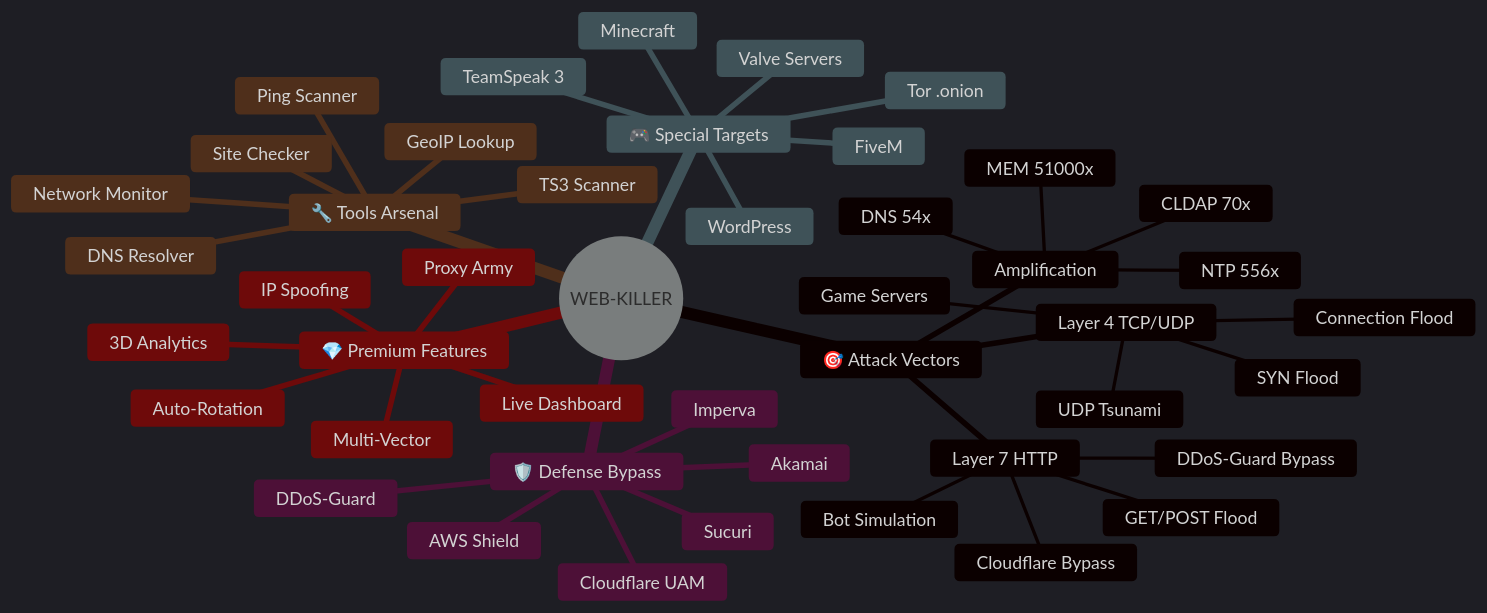
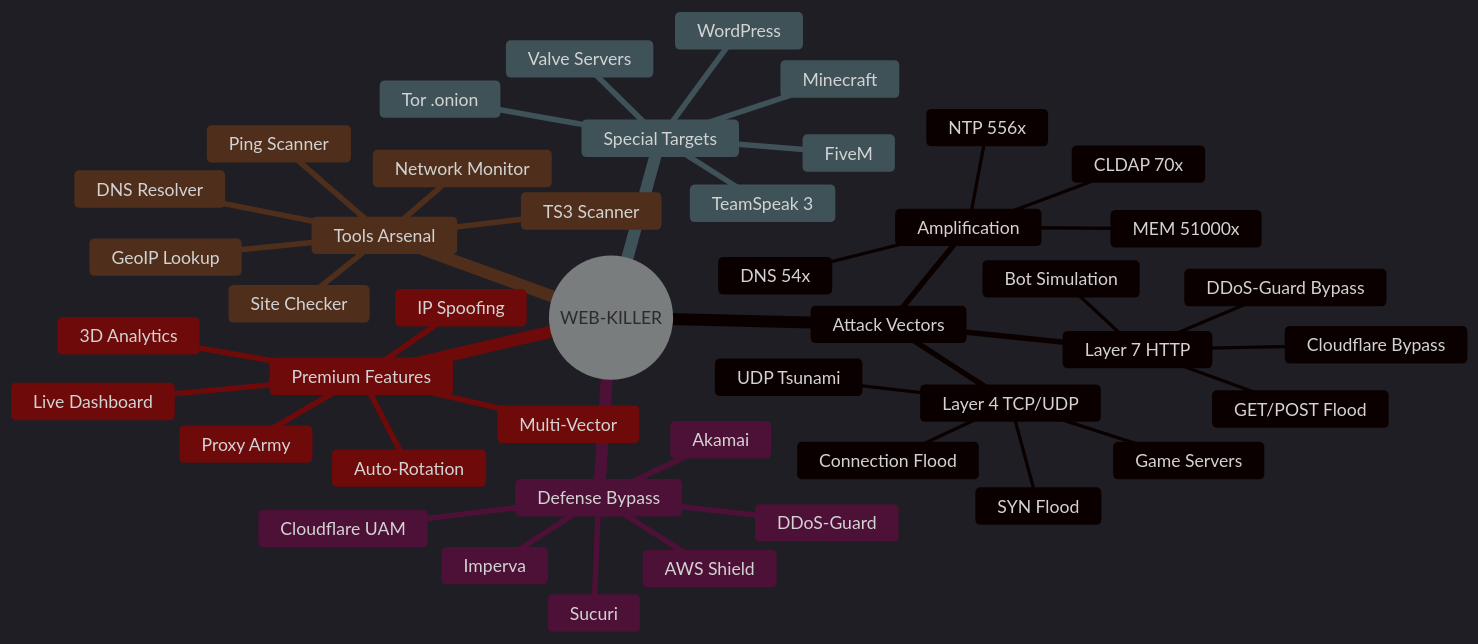
Before and after one commit to Athexblackhat/WEB-KILLER: the fifth of 5 diagrams in README.md, drawn with Mermaid. The commit also changed other lines of this file, not shown here.

````diff
--- a/README.md
+++ b/README.md
@@ -283,49 +277,49 @@
-```mermaid 
+```mermaid
 %%{init: {'theme':'dark', 'themeVariables': {'primaryColor':'#FF0000','primaryTextColor':'#fff','lineColor':'#FF0000'}}}%%
 mindmap
   root((WEB-KILLER))
-    🎯 Attack Vectors
+    Attack Vectors
       Layer 7 HTTP
         GET/POST Flood
         Cloudflare Bypass
         DDoS-Guard Bypass
         Bot Simulation
       Layer 4 TCP/UDP
         SYN Flood
         UDP Tsunami
         Game Servers
         Connection Flood
       Amplification
         DNS 54x
         NTP 556x
         MEM 51000x
         CLDAP 70x
-    🛡️ Defense Bypass
+    Defense Bypass
       Cloudflare UAM
       DDoS-Guard
       AWS Shield
       Akamai
       Imperva
       Sucuri
-    🎮 Special Targets
+    Special Targets
       Minecraft
       FiveM
       TeamSpeak 3
       Valve Servers
       Tor .onion
       WordPress
-    🔧 Tools Arsenal
+    Tools Arsenal
       Ping Scanner
       GeoIP Lookup
       Network Monitor
       Site Checker
       DNS Resolver
       TS3 Scanner
-    💎 Premium Features
+    Premium Features
       Proxy Army
       IP Spoofing
       Auto-Rotation
       3D Analytics
       Live Dashboard
       Multi-Vector
-```
+```      
````
